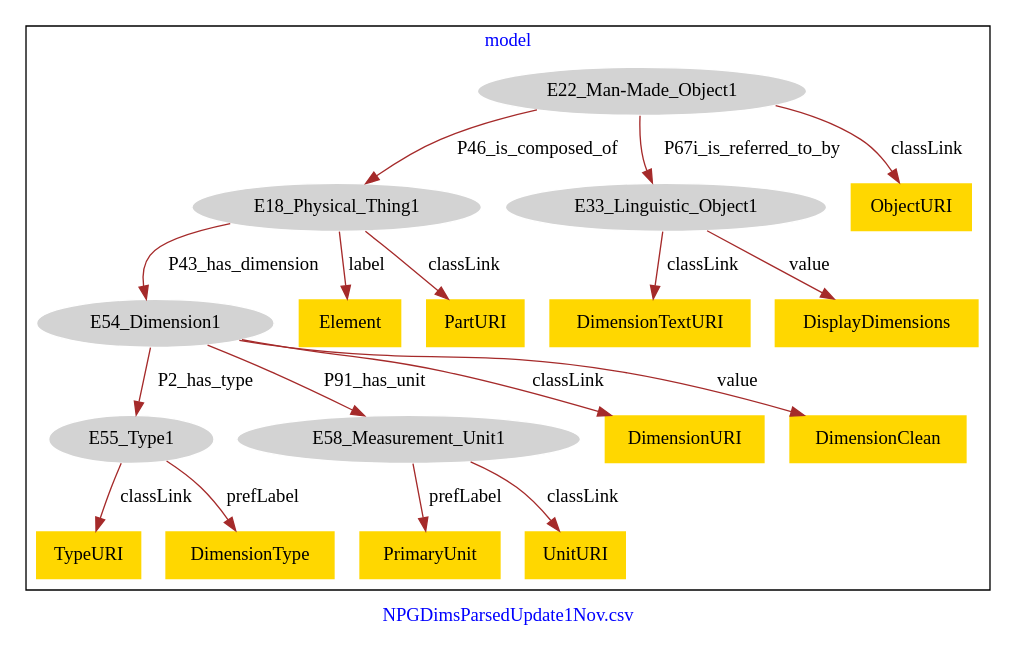
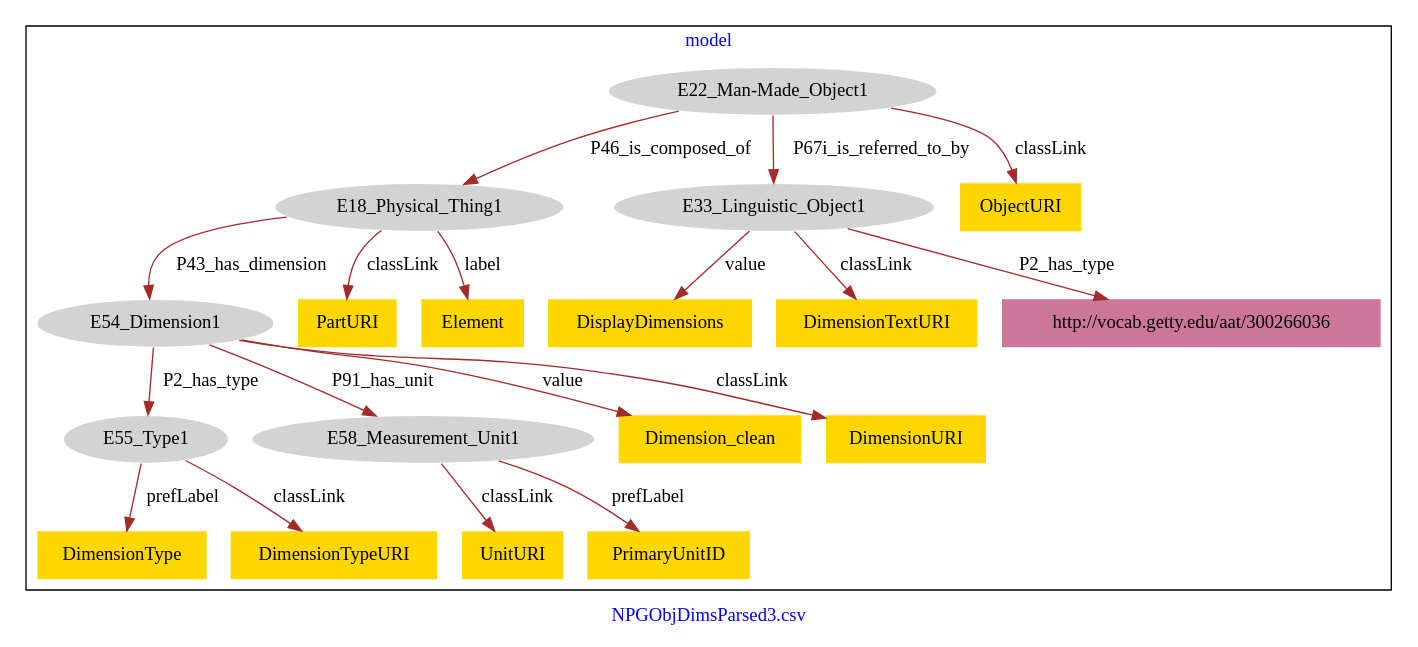
One commit to american-art/npg changed the diagram in NPGDimsParsed/NPGDims-model.dot. Above: the diagram before and after it, drawn with Graphviz.

Commit message:
Update file NPGDims-model.dot

```diff
--- a/NPGDimsParsed/NPGDims-model.dot
+++ b/NPGDimsParsed/NPGDims-model.dot
@@ -1,41 +1,43 @@
 digraph n0 {
 fontcolor="blue"
 remincross="true"
-label="NPGDimsParsedUpdate1Nov.csv"
+label="NPGObjDimsParsed3.csv"
 subgraph cluster {
 label="model"
 n2[style="filled",color="white",fillcolor="lightgray",label="E18_Physical_Thing1"];
 n3[style="filled",color="white",fillcolor="lightgray",label="E54_Dimension1"];
 n4[style="filled",color="white",fillcolor="lightgray",label="E22_Man-Made_Object1"];
 n5[style="filled",color="white",fillcolor="lightgray",label="E33_Linguistic_Object1"];
 n6[style="filled",color="white",fillcolor="lightgray",label="E55_Type1"];
 n7[style="filled",color="white",fillcolor="lightgray",label="E58_Measurement_Unit1"];
-n8[shape="plaintext",style="filled",fillcolor="gold",label="DimensionTextURI"];
-n9[shape="plaintext",style="filled",fillcolor="gold",label="DimensionURI"];
-n10[shape="plaintext",style="filled",fillcolor="gold",label="PrimaryUnit"];
-n11[shape="plaintext",style="filled",fillcolor="gold",label="DimensionClean"];
-n12[shape="plaintext",style="filled",fillcolor="gold",label="UnitURI"];
-n13[shape="plaintext",style="filled",fillcolor="gold",label="Element"];
-n14[shape="plaintext",style="filled",fillcolor="gold",label="TypeURI"];
-n15[shape="plaintext",style="filled",fillcolor="gold",label="DisplayDimensions"];
-n16[shape="plaintext",style="filled",fillcolor="gold",label="ObjectURI"];
-n17[shape="plaintext",style="filled",fillcolor="gold",label="DimensionType"];
-n18[shape="plaintext",style="filled",fillcolor="gold",label="PartURI"];
+n8[shape="plaintext",style="filled",fillcolor="gold",label="DisplayDimensions"];
+n9[shape="plaintext",style="filled",fillcolor="gold",label="UnitURI"];
+n10[shape="plaintext",style="filled",fillcolor="gold",label="DimensionType"];
+n11[shape="plaintext",style="filled",fillcolor="gold",label="PrimaryUnitID"];
+n12[shape="plaintext",style="filled",fillcolor="gold",label="DimensionTypeURI"];
+n13[shape="plaintext",style="filled",fillcolor="gold",label="DimensionTextURI"];
+n14[shape="plaintext",style="filled",fillcolor="gold",label="PartURI"];
+n15[shape="plaintext",style="filled",fillcolor="gold",label="Dimension_clean"];
+n16[shape="plaintext",style="filled",fillcolor="gold",label="DimensionURI"];
+n17[shape="plaintext",style="filled",fillcolor="gold",label="Element"];
+n18[shape="plaintext",style="filled",fillcolor="gold",label="ObjectURI"];
+n19[shape="plaintext",style="filled",fillcolor="#CC7799",label="http://vocab.getty.edu/aat/300266036"];
 }
 n2 -> n3[color="brown",fontcolor="black",label="P43_has_dimension"]
 n4 -> n2[color="brown",fontcolor="black",label="P46_is_composed_of"]
 n4 -> n5[color="brown",fontcolor="black",label="P67i_is_referred_to_by"]
 n3 -> n6[color="brown",fontcolor="black",label="P2_has_type"]
 n3 -> n7[color="brown",fontcolor="black",label="P91_has_unit"]
-n5 -> n8[color="brown",fontcolor="black",label="classLink"]
-n3 -> n9[color="brown",fontcolor="black",label="classLink"]
-n7 -> n10[color="brown",fontcolor="black",label="prefLabel"]
-n3 -> n11[color="brown",fontcolor="black",label="value"]
-n7 -> n12[color="brown",fontcolor="black",label="classLink"]
-n2 -> n13[color="brown",fontcolor="black",label="label"]
-n6 -> n14[color="brown",fontcolor="black",label="classLink"]
-n5 -> n15[color="brown",fontcolor="black",label="value"]
-n4 -> n16[color="brown",fontcolor="black",label="classLink"]
-n6 -> n17[color="brown",fontcolor="black",label="prefLabel"]
-n2 -> n18[color="brown",fontcolor="black",label="classLink"]
+n5 -> n8[color="brown",fontcolor="black",label="value"]
+n7 -> n9[color="brown",fontcolor="black",label="classLink"]
+n6 -> n10[color="brown",fontcolor="black",label="prefLabel"]
+n7 -> n11[color="brown",fontcolor="black",label="prefLabel"]
+n6 -> n12[color="brown",fontcolor="black",label="classLink"]
+n5 -> n13[color="brown",fontcolor="black",label="classLink"]
+n2 -> n14[color="brown",fontcolor="black",label="classLink"]
+n3 -> n15[color="brown",fontcolor="black",label="value"]
+n3 -> n16[color="brown",fontcolor="black",label="classLink"]
+n2 -> n17[color="brown",fontcolor="black",label="label"]
+n4 -> n18[color="brown",fontcolor="black",label="classLink"]
+n5 -> n19[color="brown",fontcolor="black",label="P2_has_type"]
 }
```
